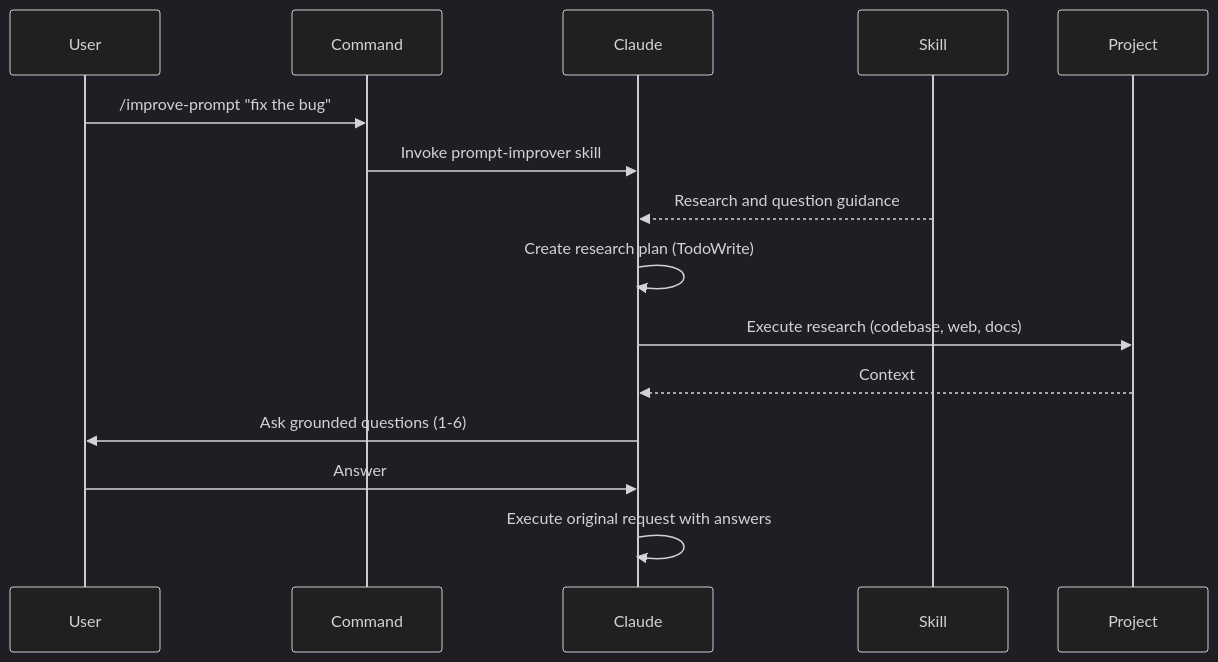
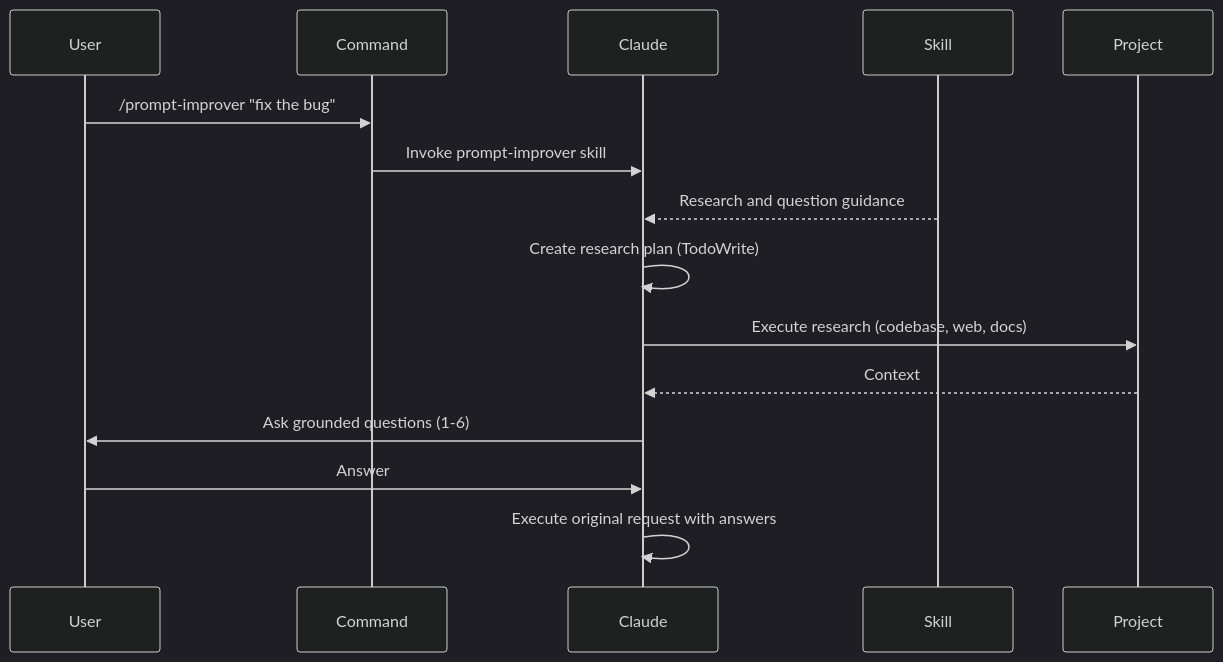
One commit to atompilot/claude-code-prompt-improver changed the diagram in README.md. Above: the diagram before and after it, drawn with Mermaid (dark theme). The commit also changed other lines of this file and 3 other files, not shown here.

First line of the commit message:
Remove redundant command, keep skill-only architecture

````diff
--- a/README.md
+++ b/README.md
@@ -18,18 +18,18 @@
 ```mermaid
 sequenceDiagram
     participant User
     participant Command
     participant Claude
     participant Skill
     participant Project
 
-    User->>Command: /improve-prompt "fix the bug"
+    User->>Command: /prompt-improver "fix the bug"
     Command->>Claude: Invoke prompt-improver skill
     Skill-->>Claude: Research and question guidance
     Claude->>Claude: Create research plan (TodoWrite)
     Claude->>Project: Execute research (codebase, web, docs)
     Project-->>Claude: Context
     Claude->>User: Ask grounded questions (1-6)
     User->>Claude: Answer
     Claude->>Claude: Execute original request with answers
 ```
````
